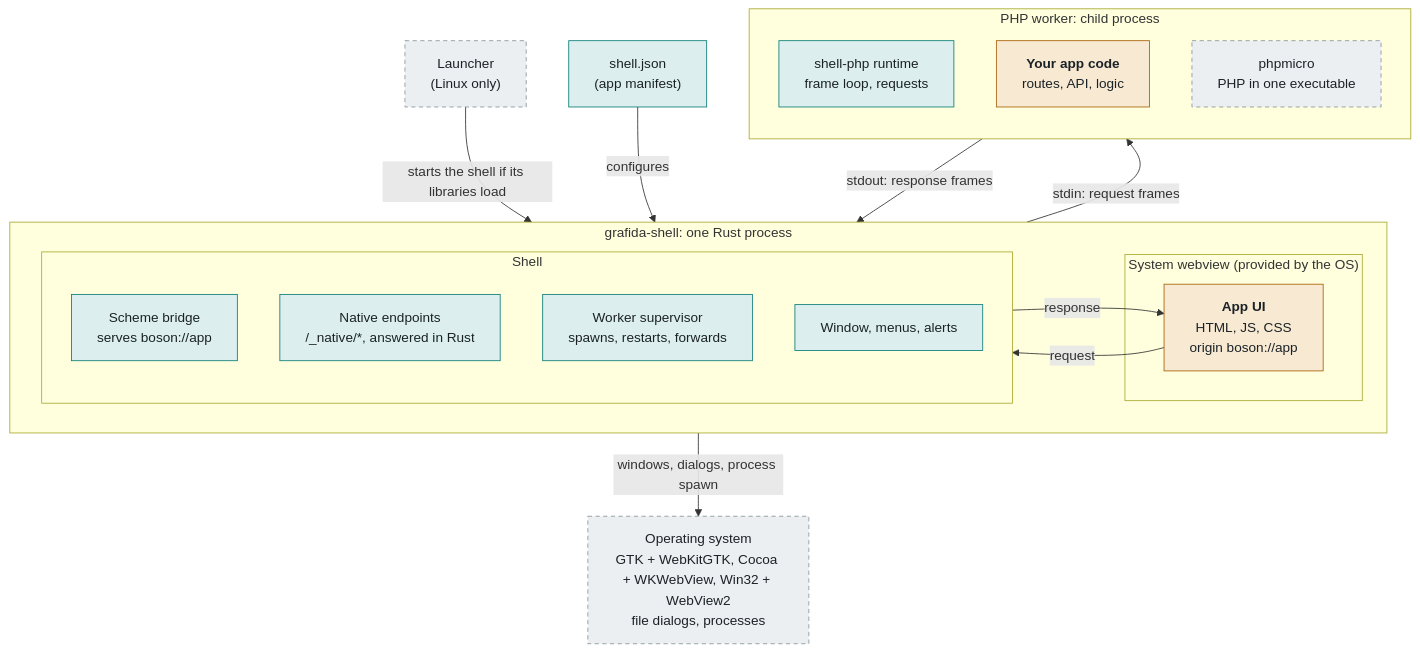
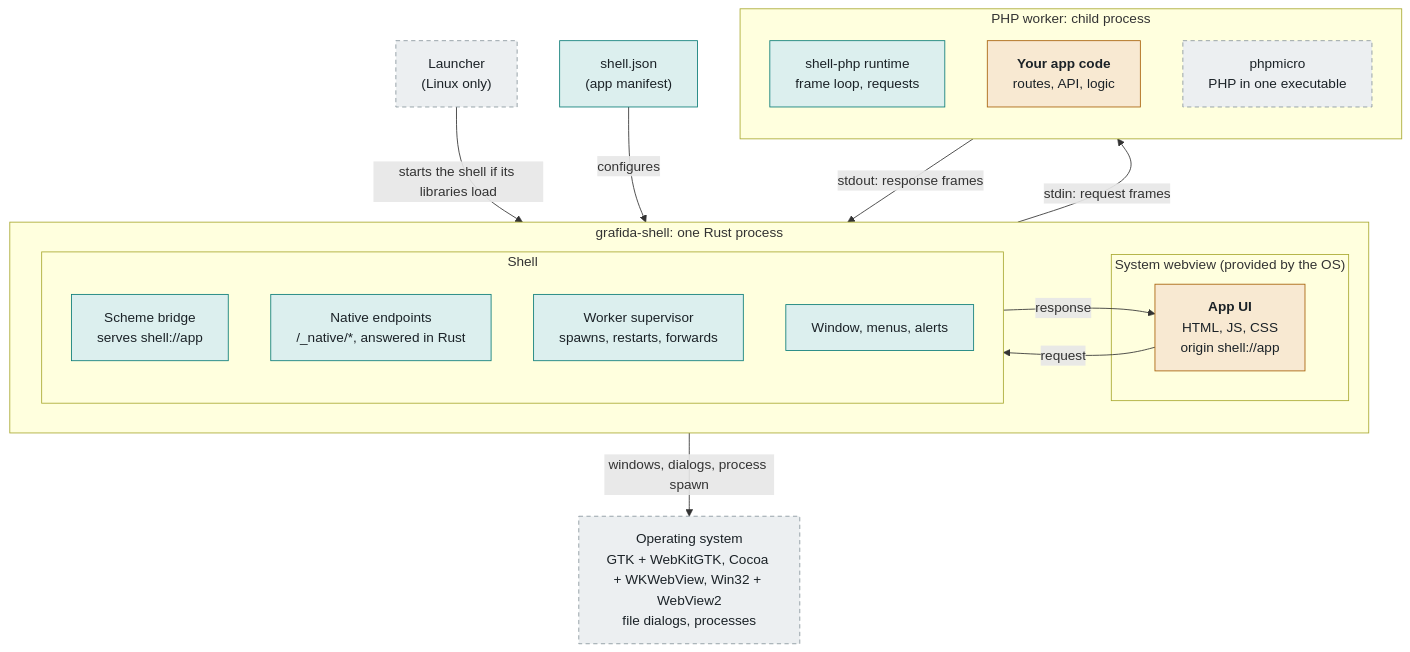
Before and after one commit to grafida/shell: the first of 2 diagrams in docs/user/architecture.md, drawn with Mermaid. The commit also changed other lines of this file and 95 other files, not shown here.

First line of the commit message:
Scheme: boson:// becomes shell:// in docs, tests, examples and protocol fixtures

````diff
--- a/docs/user/architecture.md
+++ b/docs/user/architecture.md
@@ -9,43 +9,43 @@
 ```mermaid
 flowchart TB
     launcher["Launcher<br/>(Linux only)"]
     manifest["shell.json<br/>(app manifest)"]
 
     subgraph shell["grafida-shell: one Rust process"]
         direction LR
         subgraph wv["System webview (provided by the OS)"]
-            ui["<b>App UI</b><br/>HTML, JS, CSS<br/>origin boson://app"]
+            ui["<b>App UI</b><br/>HTML, JS, CSS<br/>origin shell://app"]
         end
         subgraph core["Shell"]
             direction TB
-            bridge["Scheme bridge<br/>serves boson://app"]
+            bridge["Scheme bridge<br/>serves shell://app"]
             native["Native endpoints<br/>/_native/*, answered in Rust"]
             sup["Worker supervisor<br/>spawns, restarts, forwards"]
             win["Window, menus, alerts"]
         end
     end
 
     subgraph worker["PHP worker: child process"]
         direction TB
         runtime["shell-php runtime<br/>frame loop, requests"]
         app["<b>Your app code</b><br/>routes, API, logic"]
         micro["phpmicro<br/>PHP in one executable"]
     end
 
     os["Operating system<br/>GTK + WebKitGTK, Cocoa + WKWebView, Win32 + WebView2<br/>file dialogs, processes"]
 
     launcher -- "starts the shell if its libraries load" --> shell
     manifest -- configures --> shell
     ui -- "request" --> bridge
     bridge -- "response" --> ui
     sup -- "stdin: request frames" --> runtime
     runtime -- "stdout: response frames" --> sup
     shell -- "windows, dialogs, process spawn" --> os
 
     classDef shellc fill:#dcefee,stroke:#0d7d78,color:#1b2227
     classDef appc fill:#f8e9d2,stroke:#a8620a,color:#1b2227
     classDef osc fill:#eceff1,stroke:#8a969e,stroke-dasharray:5 4,color:#1b2227
     class bridge,native,sup,win,runtime,manifest shellc
     class ui,app appc
     class os,launcher,micro osc
 ```
````
